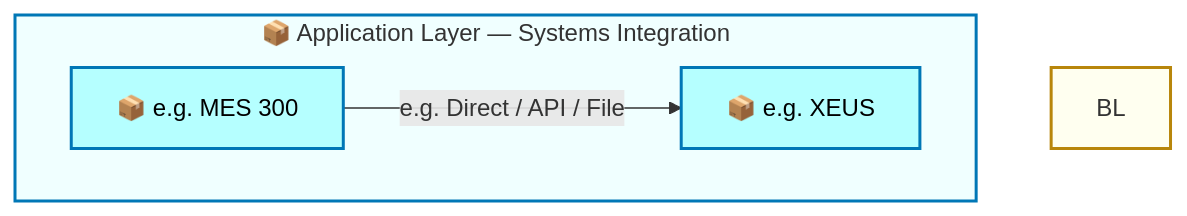
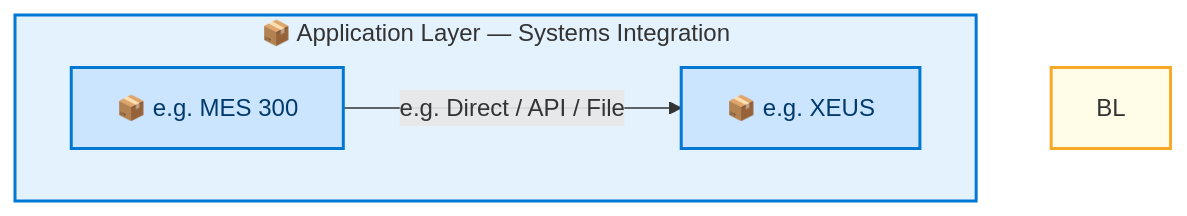
Before and after one commit to sajivfrancis777/IAO-Architecture: the fourth of 6 diagrams in towers/E2E/output/docs/summaries/L1-Order-to-Cash-Summary.md, drawn with Mermaid. The commit also changed other lines of this file and 12 other files, not shown here.

````diff
--- a/towers/E2E/output/docs/summaries/L1-Order-to-Cash-Summary.md
+++ b/towers/E2E/output/docs/summaries/L1-Order-to-Cash-Summary.md
@@ -216,22 +260,25 @@
 ```mermaid
 graph TB
-    %% -- ArchiMate-inspired style classes --
-    classDef business      fill:#FFFFB5,stroke:#B8860B,stroke-width:2px,color:#000
-    classDef app           fill:#B5FFFF,stroke:#0077B6,stroke-width:2px,color:#000
-    classDef data          fill:#B5D8FF,stroke:#0077B6,stroke-width:1px,color:#000,stroke-dasharray: 5 5
-    classDef middleware    fill:#FFD6A5,stroke:#E76F00,stroke-width:2px,color:#000
-    classDef eol           fill:#FFB5B5,stroke:#CC0000,stroke-width:2px,color:#000
+    %% -- ArchiMate 3.2 + Azure style classes --
+    classDef business      fill:#FFFFB3,stroke:#F9A825,stroke-width:2px,color:#000
+    classDef app           fill:#CCE5FF,stroke:#0078D4,stroke-width:2px,color:#003A6C
+    classDef data          fill:#BBDEFB,stroke:#1565C0,stroke-width:1px,color:#0D47A1,stroke-dasharray: 5 5
+    classDef middleware    fill:#FFE0B2,stroke:#E65100,stroke-width:2px,color:#BF360C
+    classDef eol           fill:#FFCDD2,stroke:#C62828,stroke-width:2px,color:#B71C1C
+    classDef saas          fill:#E1BEE7,stroke:#7B1FA2,stroke-width:2px,color:#4A148C
+    classDef cloud         fill:#BBDEFB,stroke:#1565C0,stroke-width:2px,color:#0D47A1
+    classDef onprem        fill:#C8E6C9,stroke:#2E7D32,stroke-width:2px,color:#1B5E20
 
     subgraph AL["📦 Application Layer — Systems Integration"]
         direction LR
         SFA_e_g__MES_300["📦 e.g. MES 300"]
         SFA_e_g__XEUS["📦 e.g. XEUS"]
     end
 
     SFA_e_g__MES_300 -->|"e.g. Direct / API / File"| SFA_e_g__XEUS
 
     class SFA_e_g__MES_300 app
     class SFA_e_g__XEUS app
-    style BL fill:#FFFFF0,stroke:#B8860B,stroke-width:2px
-    style AL fill:#F0FFFF,stroke:#0077B6,stroke-width:2px
+    style BL fill:#FFFDE7,stroke:#F9A825,stroke-width:2px
+    style AL fill:#E3F2FD,stroke:#0078D4,stroke-width:2px
 ```
````
